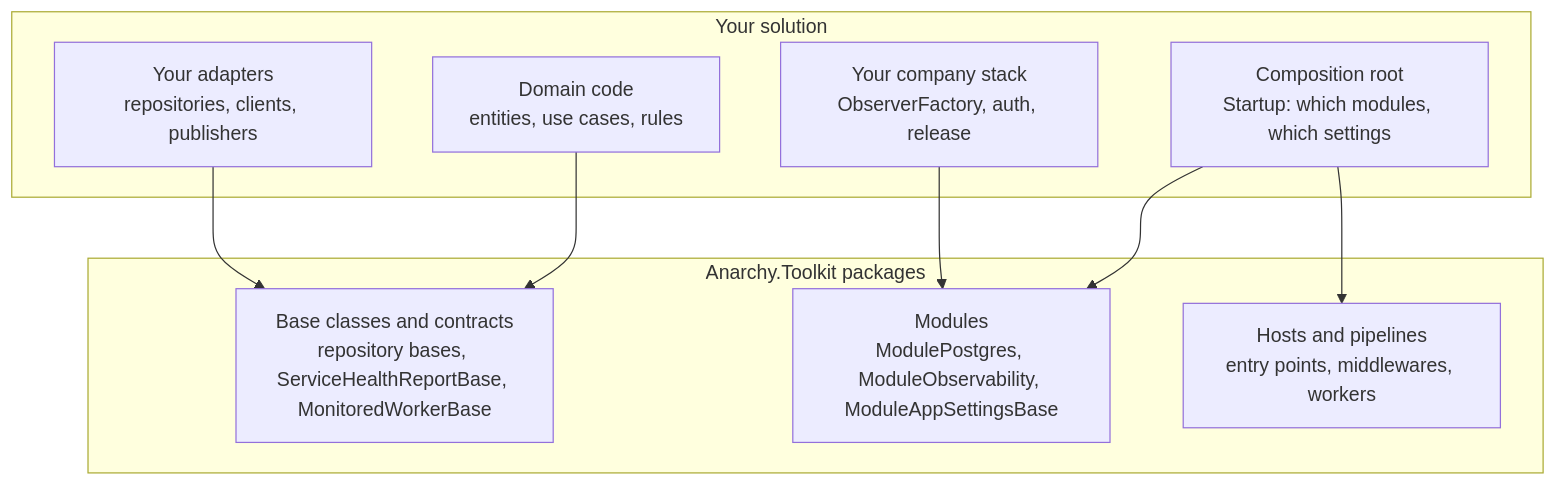
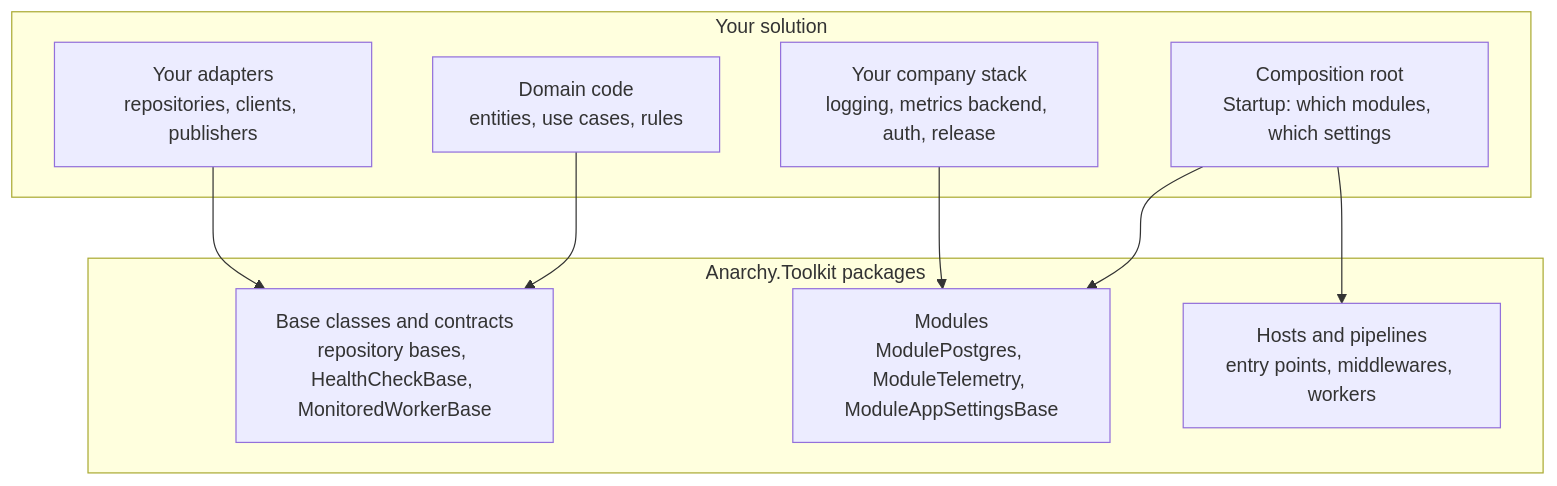
The diagram in docs/guides/mental-model.md (anarchy-io/anarchy-toolkit), drawn with Mermaid before and after one commit. The commit also changed other lines of this file and 111 other files, not shown here.

First line of the commit message:
docs(onboarding): Align package guidance, skills, and architecture

````diff
--- a/docs/guides/mental-model.md
+++ b/docs/guides/mental-model.md
@@ -17,19 +17,19 @@
 ```mermaid
 flowchart TB
     subgraph Yours["Your solution"]
         Domain["Domain code<br/>entities, use cases, rules"]
         Adapters["Your adapters<br/>repositories, clients, publishers"]
         Root["Composition root<br/>Startup: which modules, which settings"]
-        Company["Your company stack<br/>ObserverFactory, auth, release"]
+        Company["Your company stack<br/>logging, metrics backend, auth, release"]
     end
     subgraph Toolkit["Anarchy.Toolkit packages"]
-        Bases["Base classes and contracts<br/>repository bases, ServiceHealthReportBase, MonitoredWorkerBase"]
-        Modules["Modules<br/>ModulePostgres, ModuleObservability, ModuleAppSettingsBase"]
+        Bases["Base classes and contracts<br/>repository bases, HealthCheckBase, MonitoredWorkerBase"]
+        Modules["Modules<br/>ModulePostgres, ModuleTelemetry, ModuleAppSettingsBase"]
         Hosts["Hosts and pipelines<br/>entry points, middlewares, workers"]
     end
     Domain --> Bases
     Adapters --> Bases
     Root --> Modules
     Root --> Hosts
     Company --> Modules
 ```
````
